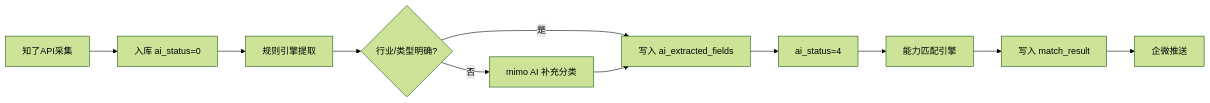
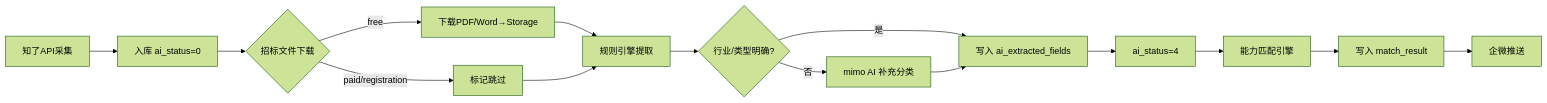
The second of 2 diagrams in docs/system-design.md (rogercwchenhk/spot), drawn with Mermaid (forest theme) before and after one commit. The commit also changed other lines of this file and 15 other files, not shown here.

````diff
--- a/docs/system-design.md
+++ b/docs/system-design.md
@@ -259,13 +302,17 @@
 ```mermaid
 flowchart LR
     A[知了API采集] --> B[入库 ai_status=0]
-    B --> C[规则引擎提取]
+    B --> DL{招标文件下载}
+    DL -->|free| DL2[下载PDF/Word→Storage]
+    DL -->|paid/registration| DL3[标记跳过]
+    DL2 --> C[规则引擎提取]
+    DL3 --> C
     C --> D{行业/类型明确?}
     D -->|否| E[mimo AI 补充分类]
     D -->|是| F[写入 ai_extracted_fields]
     E --> F
     F --> G[ai_status=4]
     G --> H[能力匹配引擎]
     H --> I[写入 match_result]
     I --> J[企微推送]
 ```
````
